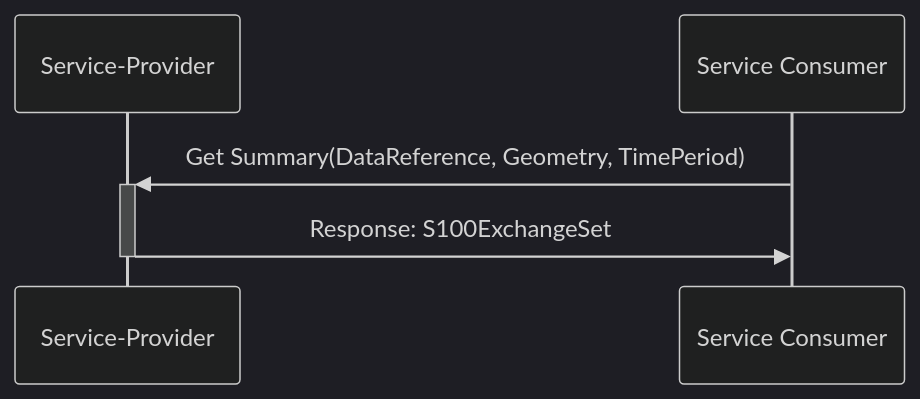
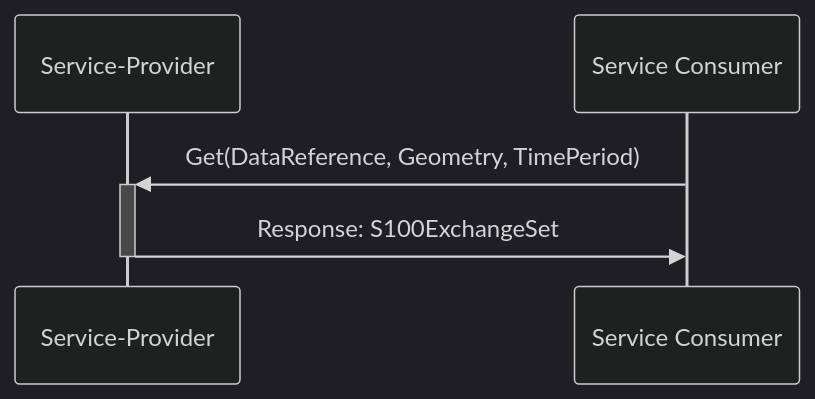
Before and after one commit to gla-rad/iala_aton_info_service_specification: the first of 3 diagrams in source/guideline/dynamic_behaviour.md, drawn with Mermaid (dark theme).

Commit message:
Fixing the simple retrieval operation with get

````diff
--- a/source/guideline/dynamic_behaviour.md
+++ b/source/guideline/dynamic_behaviour.md
@@ -15,8 +15,8 @@
 ```mermaid
 sequenceDiagram
     participant Service-Provider
     participant Service Consumer
-    Service Consumer->>+Service-Provider: Get Summary(DataReference, Geometry, TimePeriod)
+    Service Consumer->>+Service-Provider: Get(DataReference, Geometry, TimePeriod)
     Service-Provider->>-Service Consumer: Response: S100ExchangeSet
 
 ```
````
